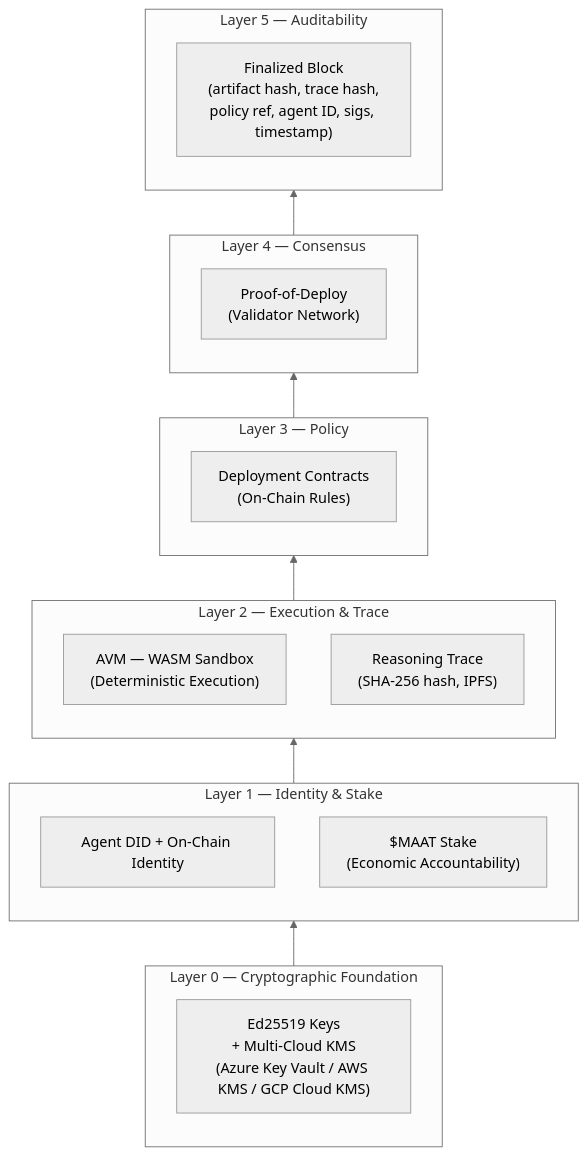
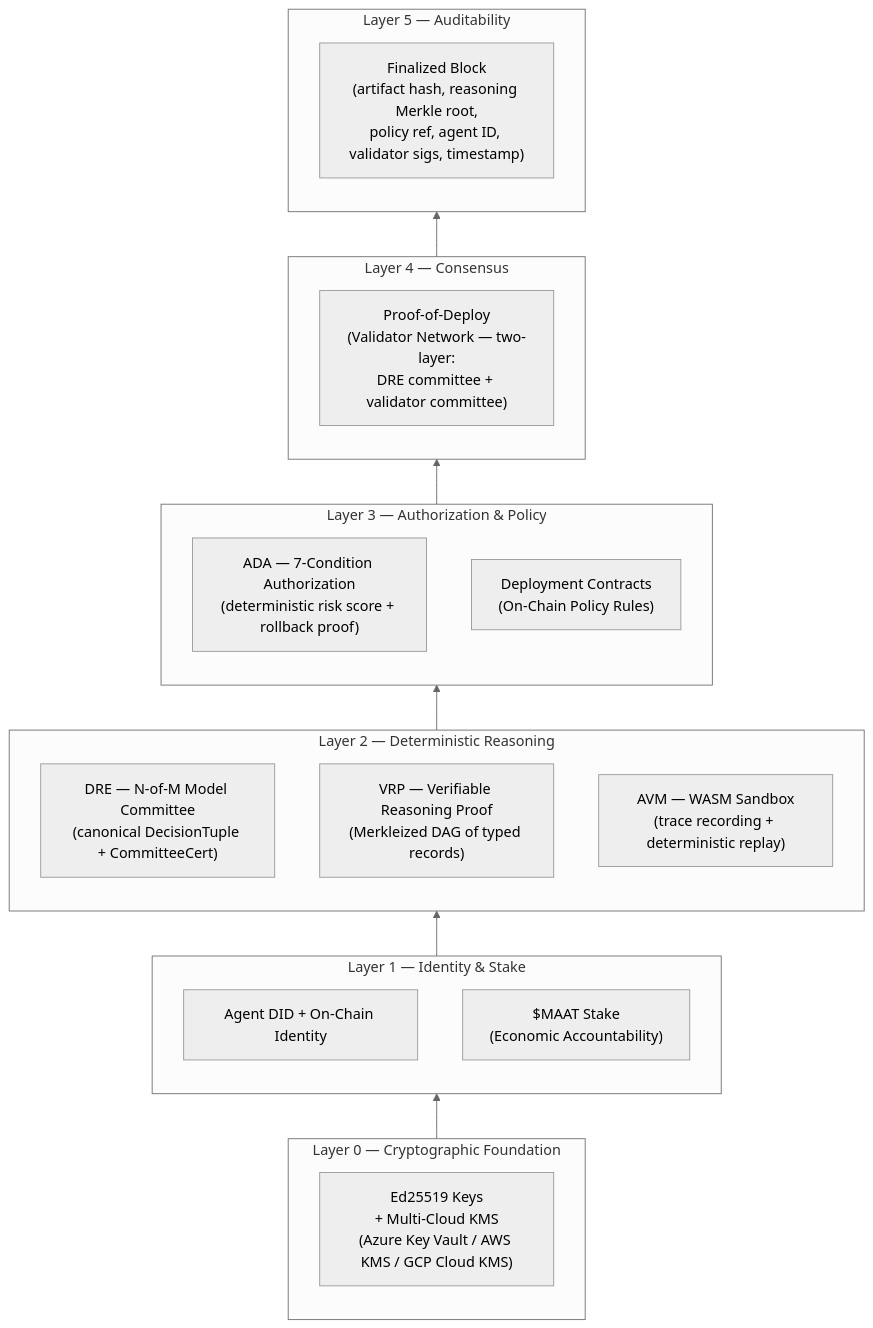
The second of 2 diagrams in docs/00-overview.md (dngoins/MaatProof), drawn with Mermaid (neutral theme) before and after one commit. The commit also changed other lines of this file and 5 other files, not shown here.

First line of the commit message:
feat: whitepaper v5 full alignment — DRE, VRP, ADA, two-layer consensus, gap fixes (#150)

````diff
--- a/docs/00-overview.md
+++ b/docs/00-overview.md
@@ -80,30 +82,32 @@
 ```mermaid
 flowchart BT
     subgraph L0["Layer 0 — Cryptographic Foundation"]
         KM["Ed25519 Keys\n+ Multi-Cloud KMS\n(Azure Key Vault / AWS KMS / GCP Cloud KMS)"]
     end
 
     subgraph L1["Layer 1 — Identity & Stake"]
         ID["Agent DID + On-Chain Identity"]
         STAKE["$MAAT Stake\n(Economic Accountability)"]
     end
 
-    subgraph L2["Layer 2 — Execution & Trace"]
-        AVM2["AVM — WASM Sandbox\n(Deterministic Execution)"]
-        TRACE["Reasoning Trace\n(SHA-256 hash, IPFS)"]
+    subgraph L2["Layer 2 — Deterministic Reasoning"]
+        DRE["DRE — N-of-M Model Committee\n(canonical DecisionTuple + CommitteeCert)"]
+        VRP["VRP — Verifiable Reasoning Proof\n(Merkleized DAG of typed records)"]
+        AVM2["AVM — WASM Sandbox\n(trace recording + deterministic replay)"]
     end
 
-    subgraph L3["Layer 3 — Policy"]
-        POLICY["Deployment Contracts\n(On-Chain Rules)"]
+    subgraph L3["Layer 3 — Authorization & Policy"]
+        ADA["ADA — 7-Condition Authorization\n(deterministic risk score + rollback proof)"]
+        POLICY["Deployment Contracts\n(On-Chain Policy Rules)"]
     end
 
     subgraph L4["Layer 4 — Consensus"]
-        POD2["Proof-of-Deploy\n(Validator Network)"]
+        POD2["Proof-of-Deploy\n(Validator Network — two-layer:\nDRE committee + validator committee)"]
     end
 
     subgraph L5["Layer 5 — Auditability"]
-        BLOCK["Finalized Block\n(artifact hash, trace hash,\npolicy ref, agent ID, sigs, timestamp)"]
+        BLOCK["Finalized Block\n(artifact hash, reasoning Merkle root,\npolicy ref, agent ID, validator sigs, timestamp)"]
     end
 
     L0 --> L1 --> L2 --> L3 --> L4 --> L5
 ```
````
